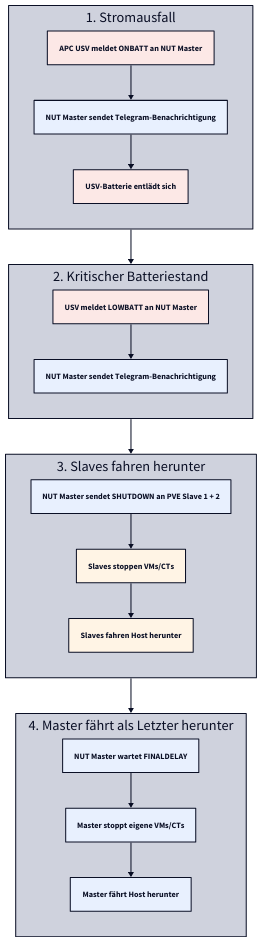
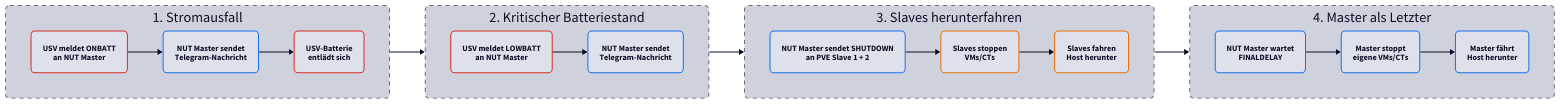
Before and after one commit to derever-labs/homelab-wiki: the second of 2 diagrams in docs/ups/index.md, drawn with D2. The commit also changed 2 other files, not shown here.

Commit message:
refactor(diagrams): Sequence-Diagramme auf Phasen-Flowcharts umstellen

````diff
--- a/docs/ups/index.md
+++ b/docs/ups/index.md
@@ -61,45 +61,54 @@
 ```d2
 vars: {
   d2-config: {
     theme-id: 1
     layout-engine: elk
   }
 }
 
-direction: down
+direction: right
 
 classes: {
-  usv: { style.fill: "#fce8e6" }
-  nut: { style.fill: "#e8f0fe" }
-  slave: { style.fill: "#fff4e5" }
+  usv: { style: { border-radius: 8; stroke: "#d93025" } }
+  nut: { style: { border-radius: 8; stroke: "#1a73e8" } }
+  slave: { style: { border-radius: 8; stroke: "#e8710a" } }
+  phase: { style: { border-radius: 8; stroke-dash: 4 } }
 }
 
 onbatt: 1. Stromausfall {
-  ev: "APC USV meldet ONBATT an NUT Master" { class: usv }
-  n1: "NUT Master sendet Telegram-Benachrichtigung" { class: nut }
-  drain: "USV-Batterie entlädt sich" { class: usv }
+  class: phase
+  direction: down
+  ev: "USV meldet ONBATT\nan NUT Master" { class: usv }
+  n1: "NUT Master sendet\nTelegram-Nachricht" { class: nut }
+  drain: "USV-Batterie\nentlädt sich" { class: usv }
   ev -> n1 -> drain
 }
 
 lowbatt: 2. Kritischer Batteriestand {
-  ev: "USV meldet LOWBATT an NUT Master" { class: usv }
-  n2: "NUT Master sendet Telegram-Benachrichtigung" { class: nut }
+  class: phase
+  direction: down
+  ev: "USV meldet LOWBATT\nan NUT Master" { class: usv }
+  n2: "NUT Master sendet\nTelegram-Nachricht" { class: nut }
   ev -> n2
 }
 
-slaves: 3. Slaves fahren herunter {
-  cmd: "NUT Master sendet SHUTDOWN an PVE Slave 1 + 2" { class: nut }
-  vms: "Slaves stoppen VMs/CTs" { class: slave }
-  halt: "Slaves fahren Host herunter" { class: slave }
+slaves: 3. Slaves herunterfahren {
+  class: phase
+  direction: down
+  cmd: "NUT Master sendet SHUTDOWN\nan PVE Slave 1 + 2" { class: nut }
+  vms: "Slaves stoppen\nVMs/CTs" { class: slave }
+  halt: "Slaves fahren\nHost herunter" { class: slave }
   cmd -> vms -> halt
 }
 
-master: 4. Master fährt als Letzter herunter {
-  delay: "NUT Master wartet FINALDELAY" { class: nut }
-  vms: "Master stoppt eigene VMs/CTs" { class: nut }
-  halt: "Master fährt Host herunter" { class: nut }
+master: 4. Master als Letzter {
+  class: phase
+  direction: down
+  delay: "NUT Master wartet\nFINALDELAY" { class: nut }
+  vms: "Master stoppt\neigene VMs/CTs" { class: nut }
+  halt: "Master fährt\nHost herunter" { class: nut }
   delay -> vms -> halt
 }
 
 onbatt -> lowbatt -> slaves -> master
 ```
````
